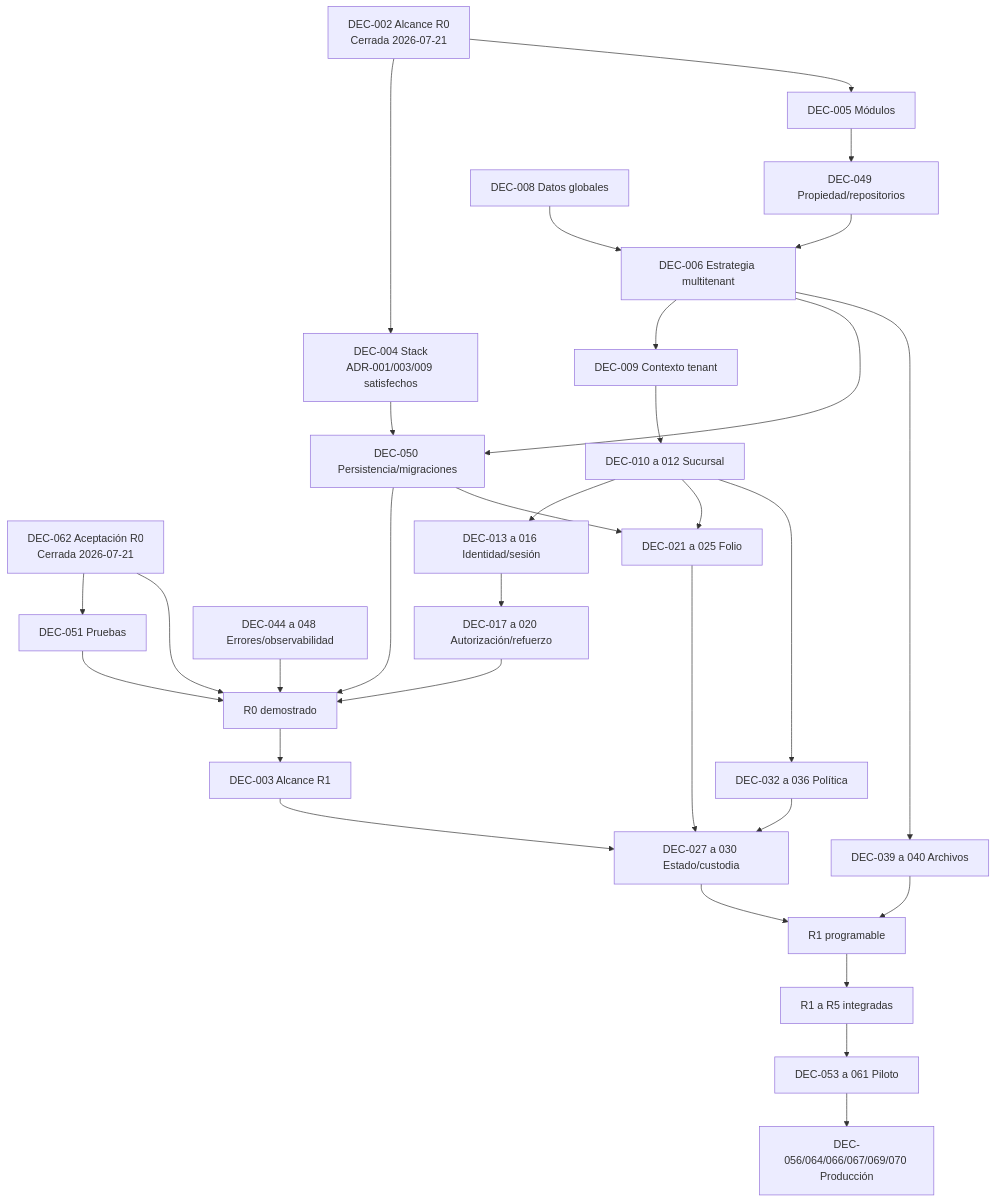
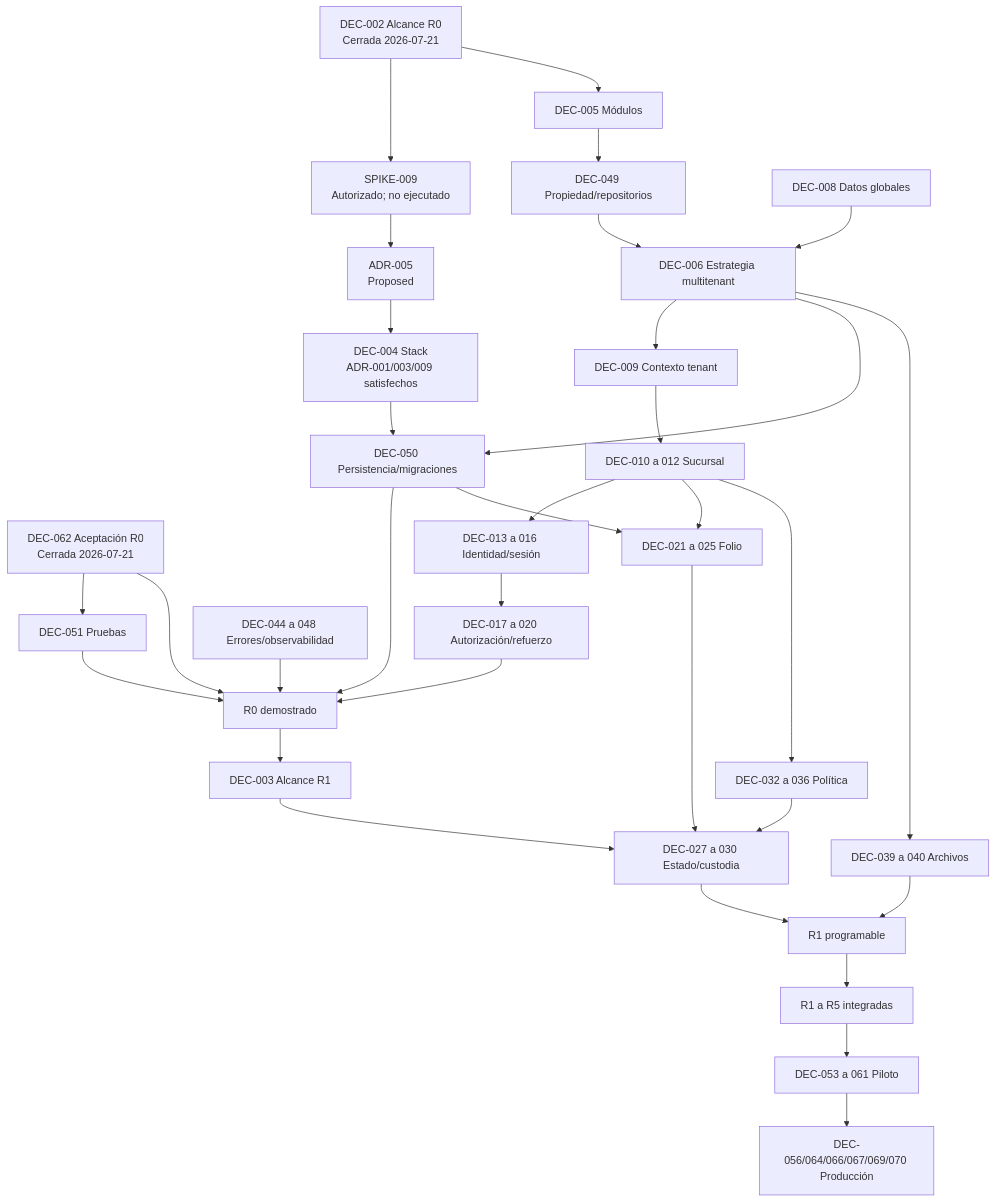
The diagram in docs/architecture-readiness/blocker-closure/DEPENDENCIAS_ENTRE_DECISIONES.md (luisgtzaviles/SrTaller-2.0), drawn with Mermaid before and after one commit. The commit also changed other lines of this file and 14 other files, not shown here.

Commit message:
docs: mandate NestJS architecture spike

````diff
--- a/docs/architecture-readiness/blocker-closure/DEPENDENCIAS_ENTRE_DECISIONES.md
+++ b/docs/architecture-readiness/blocker-closure/DEPENDENCIAS_ENTRE_DECISIONES.md
@@ -5,37 +5,39 @@
 ```mermaid
 flowchart TD
-    SCOPE[DEC-002 Alcance R0<br/>Cerrada 2026-07-21] --> STACK[DEC-004 Stack<br/>ADR-001/003/009 satisfechos]
+    SCOPE[DEC-002 Alcance R0<br/>Cerrada 2026-07-21] --> SPIKE9[SPIKE-009<br/>Autorizado; no ejecutado]
+    SPIKE9 --> ADR5[ADR-005<br/>Proposed]
+    ADR5 --> STACK[DEC-004 Stack<br/>ADR-001/003/009 satisfechos]
     SCOPE --> MODULES[DEC-005 Módulos]
     ACCEPT[DEC-062 Aceptación R0<br/>Cerrada 2026-07-21] --> TEST[DEC-051 Pruebas]
     ACCEPT --> R0
     STACK --> DATA[DEC-050 Persistencia/migraciones]
     MODULES --> OWN[DEC-049 Propiedad/repositorios]
 
     GLOBAL[DEC-008 Datos globales] --> MT[DEC-006 Estrategia multitenant]
     OWN --> MT
     MT --> TC[DEC-009 Contexto tenant]
     TC --> BR[DEC-010 a 012 Sucursal]
     BR --> ID[DEC-013 a 016 Identidad/sesión]
     ID --> AUTH[DEC-017 a 020 Autorización/refuerzo]
     MT --> DATA
 
     TEST[DEC-051 Pruebas] --> R0[R0 demostrado]
     AUTH --> R0
     DATA --> R0
     OBS[DEC-044 a 048 Errores/observabilidad] --> R0
 
     R0 --> R1S[DEC-003 Alcance R1]
     BR --> FOLIO[DEC-021 a 025 Folio]
     DATA --> FOLIO
     R1S --> CUST[DEC-027 a 030 Estado/custodia]
     FOLIO --> CUST
     BR --> POLICY[DEC-032 a 036 Política]
     POLICY --> CUST
     MT --> FILES[DEC-039 a 040 Archivos]
     CUST --> R1[R1 programable]
     FILES --> R1
 
     R1 --> MVP[R1 a R5 integradas]
     MVP --> PILOT[DEC-053 a 061 Piloto]
     PILOT --> PROD[DEC-056/064/066/067/069/070 Producción]
 ```
````
